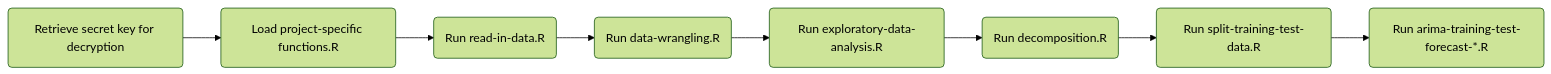
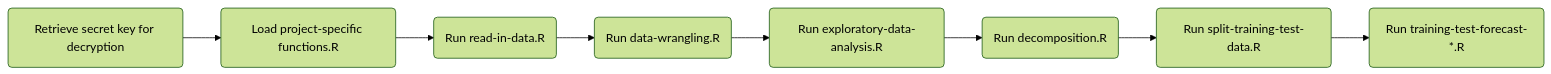
Before and after one commit to nutimes/som-sam-forecast: the diagram in README.md, drawn with Mermaid (forest theme). The commit also changed other lines of this file and 1 other file, not shown here.

````diff
--- a/README.md
+++ b/README.md
@@ -31,13 +53,13 @@
 ``` mermaid
 flowchart LR
 A(Retrieve secret key for decryption)
 B(Load project-specific functions.R)
 C(Run read-in-data.R)
 D(Run data-wrangling.R)
 E(Run exploratory-data-analysis.R)
 F(Run decomposition.R)
 G(Run split-training-test-data.R)
-H(Run arima-training-test-forecast-*.R)
+H(Run training-test-forecast-*.R)
 
   A --> B --> C --> D --> E --> F --> G --> H
 ```
````
